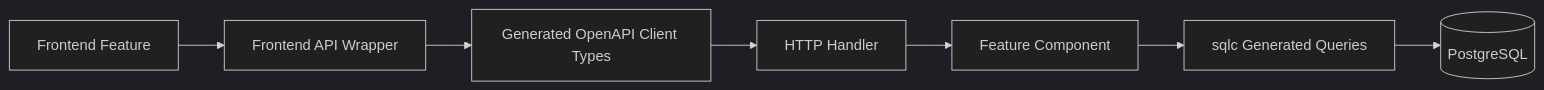
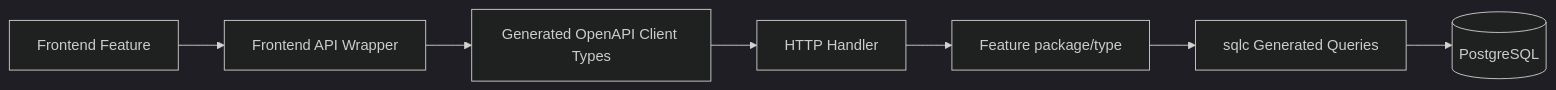
The second of 2 diagrams in docs/foundation/codebase-structure.md (finsight-org/finsight), drawn with Mermaid (dark theme) before and after one commit. The commit also changed other lines of this file and 67 other files, not shown here.

````diff
--- a/docs/foundation/codebase-structure.md
+++ b/docs/foundation/codebase-structure.md
@@ -68,17 +68,17 @@
 ```mermaid
 flowchart LR
     FeatureUI["Frontend Feature"]
     APIWrapper["Frontend API Wrapper"]
     OpenAPIClient["Generated OpenAPI Client Types"]
     Handler["HTTP Handler"]
-    Feature["Feature Component"]
+    Feature["Feature package/type"]
     SQLC["sqlc Generated Queries"]
     DB[("PostgreSQL")]
 
     FeatureUI --> APIWrapper
     APIWrapper --> OpenAPIClient
     OpenAPIClient --> Handler
     Handler --> Feature
     Feature --> SQLC
     SQLC --> DB
 ```
````
